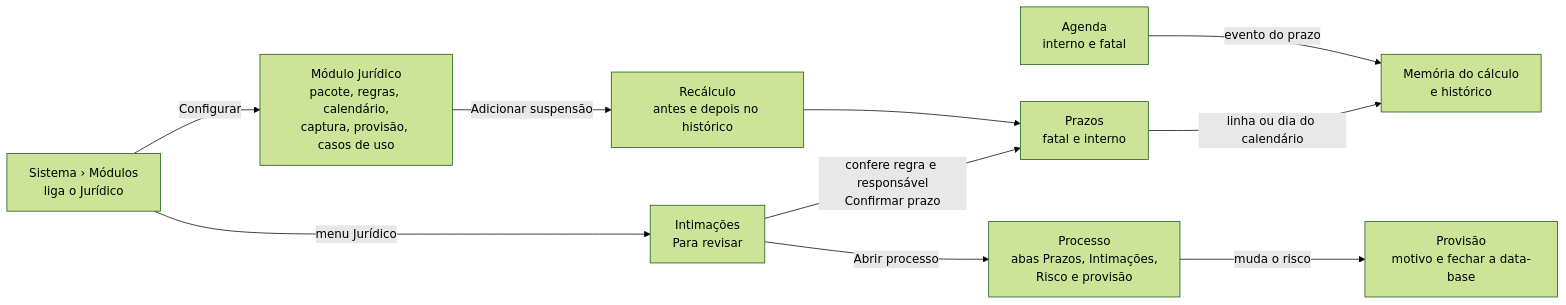
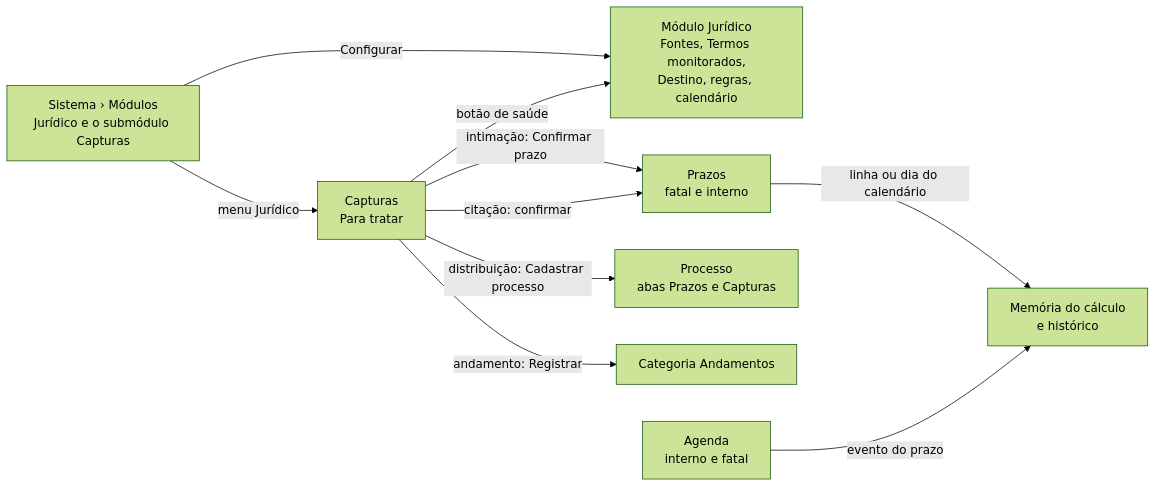
The diagram in app/pages/modulo-juridico/DECISOES.md (pernalombr4/prototipos), drawn with Mermaid (forest theme) before and after one commit. The commit also changed other lines of this file and 39 other files, not shown here.

Commit message:
[PROTO] modulo-juridico — rodada 3 — submódulos com Capturas primeiro; caixa Capturas com intimação, citação, distribuição e andamento; Fontes, Termos monitorados e Destino; Provisão e Casos de uso ocultos

````diff
--- a/app/pages/modulo-juridico/DECISOES.md
+++ b/app/pages/modulo-juridico/DECISOES.md
@@ -19,12 +18,12 @@
 ```mermaid
 flowchart LR
-    S["Sistema › Módulos<br/>liga o Jurídico"] -->|"Configurar"| C["Módulo Jurídico<br/>pacote, regras, calendário,<br/>captura, provisão, casos de uso"]
-    S -->|"menu Jurídico"| I["Intimações<br/>Para revisar"]
-    I -->|"confere regra e responsável<br/>Confirmar prazo"| P["Prazos<br/>fatal e interno"]
-    I -->|"Abrir processo"| T["Processo<br/>abas Prazos, Intimações,<br/>Risco e provisão"]
+    S["Sistema › Módulos<br/>Jurídico e o submódulo Capturas"] -->|"Configurar"| C["Módulo Jurídico<br/>Fontes, Termos monitorados,<br/>Destino, regras, calendário"]
+    S -->|"menu Jurídico"| I["Capturas<br/>Para tratar"]
+    I -->|"intimação: Confirmar prazo"| P["Prazos<br/>fatal e interno"]
+    I -->|"citação: confirmar"| P
+    I -->|"distribuição: Cadastrar processo"| T["Processo<br/>abas Prazos e Capturas"]
+    I -->|"andamento: Registrar"| N["Categoria Andamentos"]
+    I -->|"botão de saúde"| C
     P -->|"linha ou dia do calendário"| M["Memória do cálculo<br/>e histórico"]
     A["Agenda<br/>interno e fatal"] -->|"evento do prazo"| M
-    C -->|"Adicionar suspensão"| R["Recálculo<br/>antes e depois no histórico"]
-    R --> P
-    T -->|"muda o risco"| V["Provisão<br/>motivo e fechar a data-base"]
 ```
````
